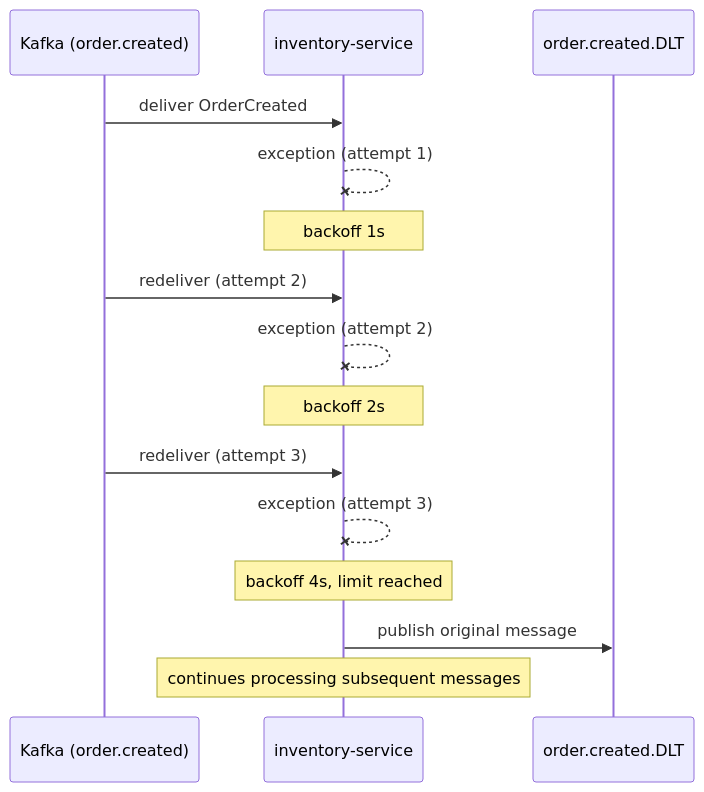
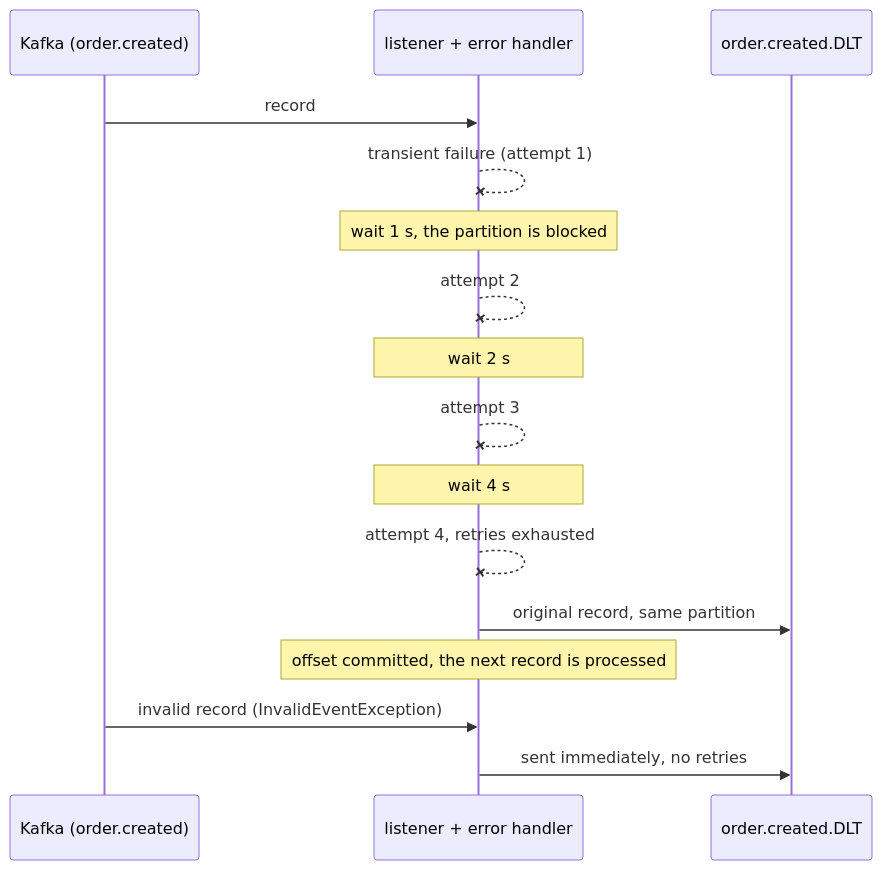
One commit to kaulinmindiola/Resilient-Order-Pipeline changed the tenth of 12 diagrams in docs/sdd.md. Above: the diagram before and after it, drawn with Mermaid. The commit also changed other lines of this file, not shown here.

Commit message:
docs: align SDD with the implementation and add sequence diagrams

````diff
--- a/docs/sdd.md
+++ b/docs/sdd.md
@@ -563,18 +463,19 @@
 ```mermaid
 sequenceDiagram
-    participant KF as Kafka (order.created)
-    participant IS as inventory-service
-    participant DLT as order.created.DLT
+    participant K as Kafka (order.created)
+    participant L as listener + error handler
+    participant D as order.created.DLT
 
-    KF->>IS: deliver OrderCreated
-    IS--xIS: exception (attempt 1)
-    Note over IS: backoff 1s
-    KF->>IS: redeliver (attempt 2)
-    IS--xIS: exception (attempt 2)
-    Note over IS: backoff 2s
-    KF->>IS: redeliver (attempt 3)
-    IS--xIS: exception (attempt 3)
-    Note over IS: backoff 4s, limit reached
-    IS->>DLT: publish original message
-    Note over IS: continues processing subsequent messages
+    K->>L: record
+    L--xL: transient failure (attempt 1)
+    Note over L: wait 1 s, the partition is blocked
+    L--xL: attempt 2
+    Note over L: wait 2 s
+    L--xL: attempt 3
+    Note over L: wait 4 s
+    L--xL: attempt 4, retries exhausted
+    L->>D: original record, same partition
+    Note over L: offset committed, the next record is processed
+    K->>L: invalid record (InvalidEventException)
+    L->>D: sent immediately, no retries
 ```
````
